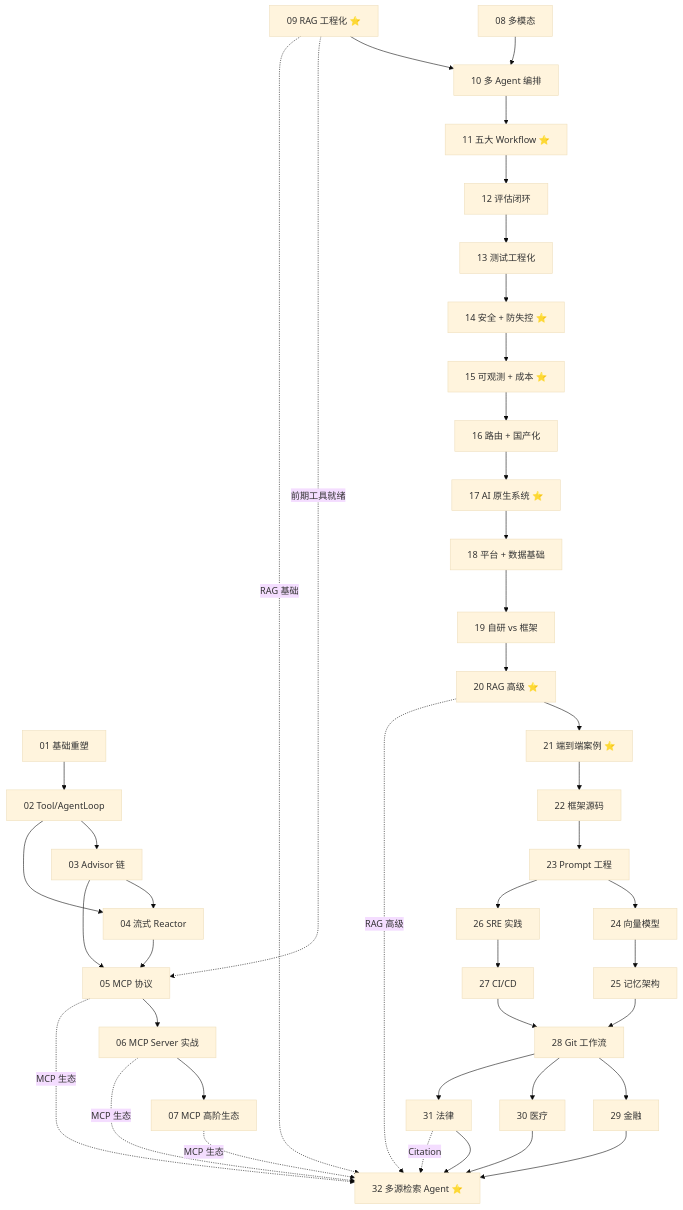
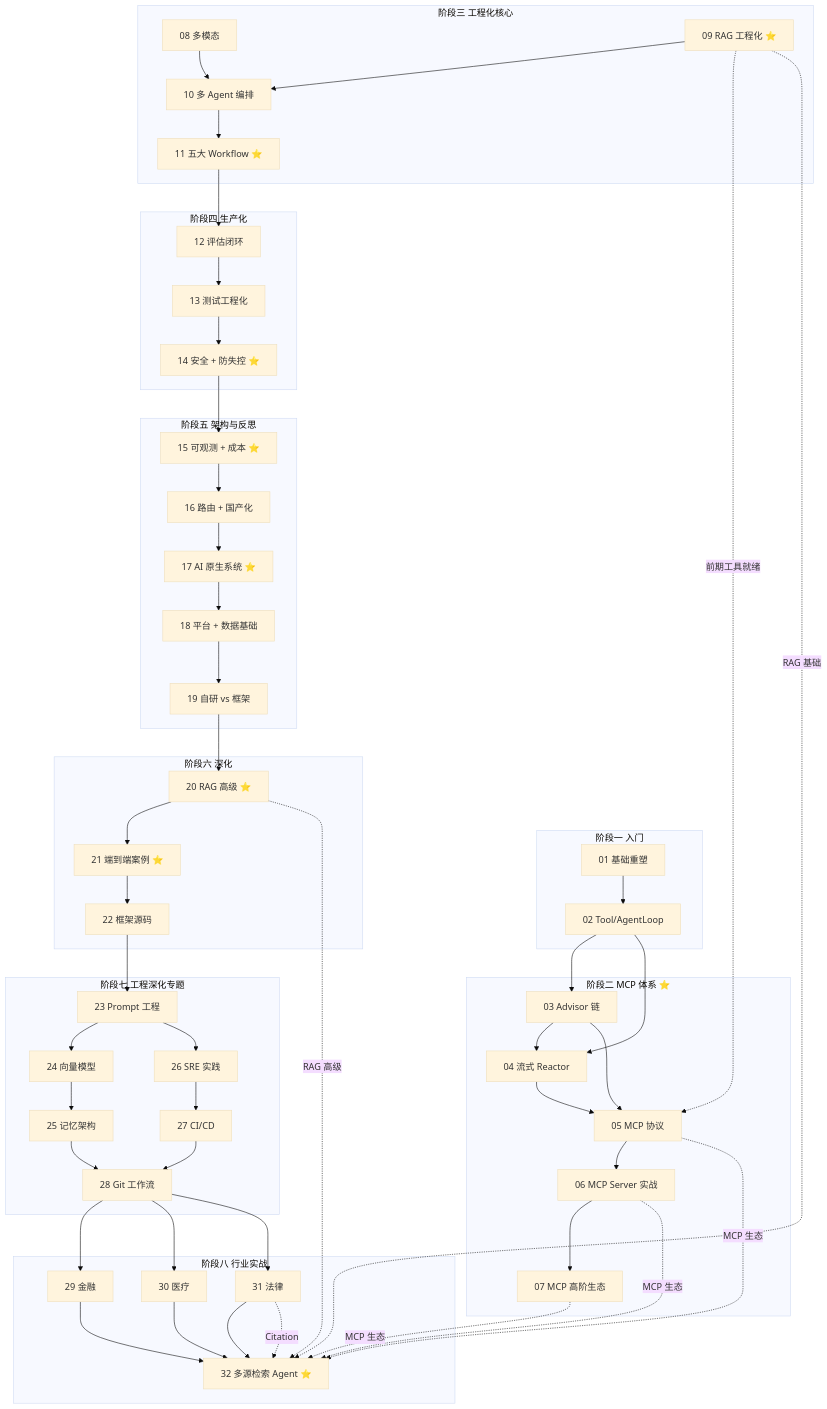
One commit to UranusGit/java-agent-learn changed the second of 5 diagrams in docs/tutorials/spring-ai-2.0/00-目录索引.md. Above: the diagram before and after it, drawn with Mermaid (base theme). The commit also changed 41 other files, not shown here.

First line of the commit message:
docs全库mermaid复核修复：补ER图、ASCII转mermaid/表格、删重复图、修语义矛盾

````diff
--- a/docs/tutorials/spring-ai-2.0/00-目录索引.md
+++ b/docs/tutorials/spring-ai-2.0/00-目录索引.md
@@ -144,45 +144,63 @@
 ```mermaid
 flowchart TD
-    N01["01 基础重塑"] --> N02["02 Tool/AgentLoop"]
-    N02 --> N03["03 Advisor 链"]
-    N02 --> N04["04 流式 Reactor"]
-    N03 --> N04
-    N03 --> N05["05 MCP 协议"]
-    N04 --> N05
-    N05 --> N06["06 MCP Server 实战"]
-    N06 --> N07["07 MCP 高阶生态"]
-    N08["08 多模态"] --> N10["10 多 Agent 编排"]
-    N09["09 RAG 工程化 ⭐"] --> N10
+    subgraph P1["阶段一 入门"]
+        N01["01 基础重塑"] --> N02["02 Tool/AgentLoop"]
+    end
+    subgraph P2["阶段二 MCP 体系 ⭐"]
+        N03["03 Advisor 链"]
+        N04["04 流式 Reactor"]
+        N05["05 MCP 协议"]
+        N06["06 MCP Server 实战"]
+        N07["07 MCP 高阶生态"]
+        N03 --> N04
+        N03 --> N05
+        N04 --> N05
+        N05 --> N06 --> N07
+    end
+    subgraph P3["阶段三 工程化核心"]
+        N08["08 多模态"]
+        N09["09 RAG 工程化 ⭐"]
+        N10["10 多 Agent 编排"]
+        N11["11 五大 Workflow ⭐"]
+        N08 --> N10
+        N09 --> N10
+        N10 --> N11
+    end
+    subgraph P4["阶段四 生产化"]
+        N12["12 评估闭环"] --> N13["13 测试工程化"] --> N14["14 安全 + 防失控 ⭐"]
+    end
+    subgraph P5["阶段五 架构与反思"]
+        N15["15 可观测 + 成本 ⭐"] --> N16["16 路由 + 国产化"] --> N17["17 AI 原生系统 ⭐"]
+        N17 --> N18["18 平台 + 数据基础"] --> N19["19 自研 vs 框架"]
+    end
+    subgraph P6["阶段六 深化"]
+        N20["20 RAG 高级 ⭐"] --> N21["21 端到端案例 ⭐"] --> N22["22 框架源码"]
+    end
+    subgraph P7["阶段七 工程深化专题"]
+        N23["23 Prompt 工程"] --> N24["24 向量模型"] --> N25["25 记忆架构"]
+        N23 --> N26["26 SRE 实践"] --> N27["27 CI/CD"]
+        N25 --> N28["28 Git 工作流"]
+        N27 --> N28
+    end
+    subgraph P8["阶段八 行业实战"]
+        N28 --> N29["29 金融"]
+        N28 --> N30["30 医疗"]
+        N28 --> N31["31 法律"]
+        N29 --> N32["32 多源检索 Agent ⭐"]
+        N30 --> N32
+        N31 --> N32
+    end
+    N02 --> N03
+    N02 --> N04
+    N11 --> N12
+    N14 --> N15
+    N19 --> N20
+    N22 --> N23
     N09 -.->|"前期工具就绪"| N05
-    N10 --> N11["11 五大 Workflow ⭐"]
-    N11 --> N12["12 评估闭环"]
-    N12 --> N13["13 测试工程化"]
-    N13 --> N14["14 安全 + 防失控 ⭐"]
-    N14 --> N15["15 可观测 + 成本 ⭐"]
-    N15 --> N16["16 路由 + 国产化"]
-    N16 --> N17["17 AI 原生系统 ⭐"]
-    N17 --> N18["18 平台 + 数据基础"]
-    N18 --> N19["19 自研 vs 框架"]
-    N19 --> N20["20 RAG 高级 ⭐"]
-    N20 --> N21["21 端到端案例 ⭐"]
-    N21 --> N22["22 框架源码"]
-    N22 --> N23["23 Prompt 工程"]
-    N23 --> N24["24 向量模型"]
-    N24 --> N25["25 记忆架构"]
-    N23 --> N26["26 SRE 实践"]
-    N26 --> N27["27 CI/CD"]
-    N25 --> N28["28 Git 工作流"]
-    N27 --> N28
-    N28 --> N29["29 金融"]
-    N28 --> N30["30 医疗"]
-    N28 --> N31["31 法律"]
-    N29 --> N32["32 多源检索 Agent ⭐"]
-    N30 --> N32
-    N31 --> N32
     N05 -.->|"MCP 生态"| N32
     N06 -.->|"MCP 生态"| N32
     N07 -.->|"MCP 生态"| N32
     N09 -.->|"RAG 基础"| N32
     N20 -.->|"RAG 高级"| N32
     N31 -.->|"Citation"| N32
 ```
````
